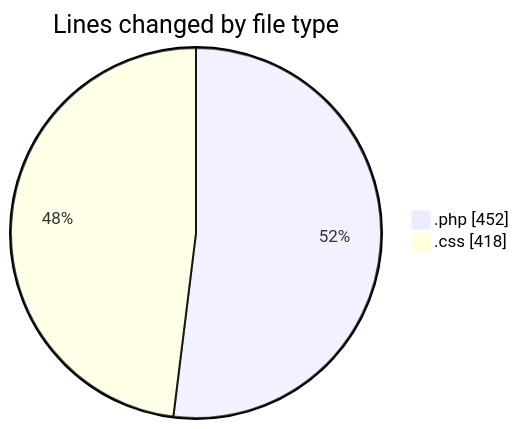
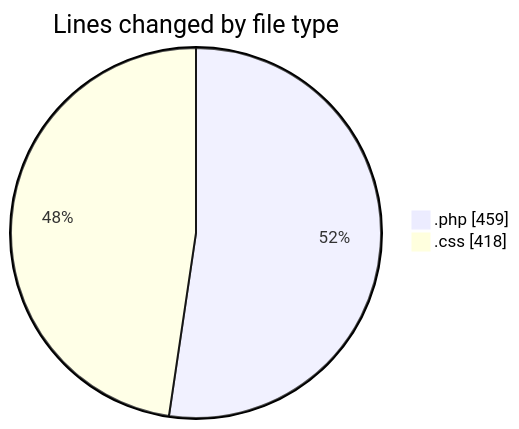
The first of 2 diagrams in 2025-04-22/web/README.md (LanceThiago/code-tracking), drawn with Mermaid before and after one commit. The commit also changed other lines of this file and 1 other file, not shown here.

````diff
--- a/2025-04-22/web/README.md
+++ b/2025-04-22/web/README.md
@@ -24,6 +24,6 @@
 ```mermaid
 pie showData
 title Lines changed by file type
-".php" : 452
+".php" : 459
 ".css" : 418
 ```
````
